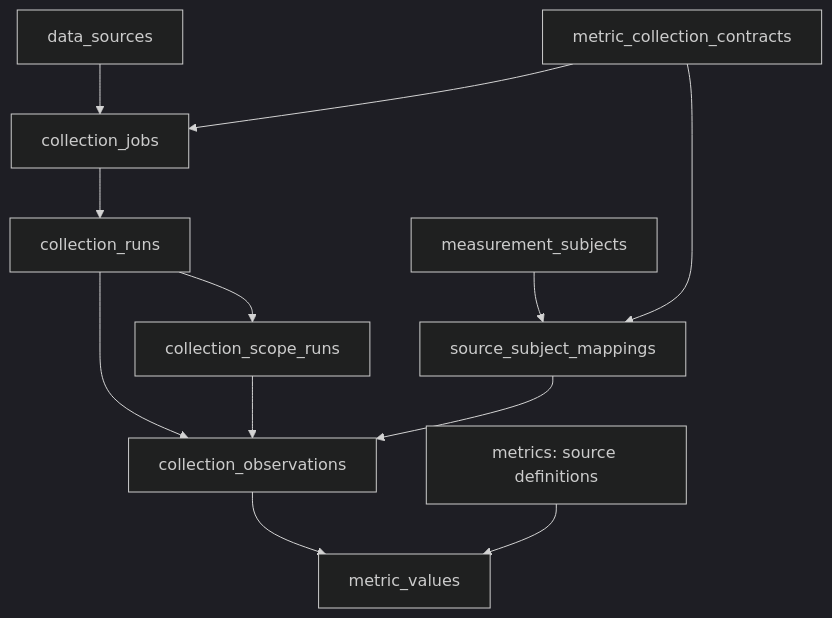
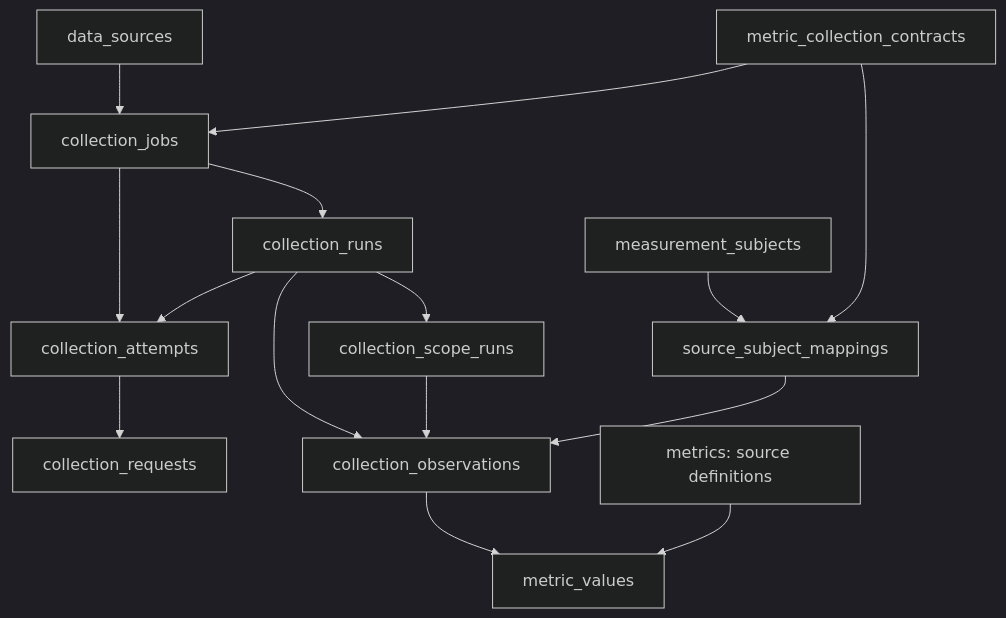
The diagram in docs/reference/collection-jobs.md (allenwlee/pushin-weight-v2), drawn with Mermaid (dark theme) before and after one commit. The commit also changed other lines of this file and 97 other files, not shown here.

````diff
--- a/docs/reference/collection-jobs.md
+++ b/docs/reference/collection-jobs.md
@@ -14,14 +12,17 @@
 ```mermaid
 flowchart TD
     DS[data_sources] --> J[collection_jobs]
     C[metric_collection_contracts] --> J
     J --> R[collection_runs]
+    J --> A[collection_attempts]
+    R --> A
+    A --> Q[collection_requests]
     R --> S[collection_scope_runs]
     R --> O[collection_observations]
     S --> O
     O --> V[metric_values]
     SM[source_subject_mappings] --> O
     MS[measurement_subjects] --> SM
     C --> SM
     D[metrics: source definitions] --> V
 ```
````
